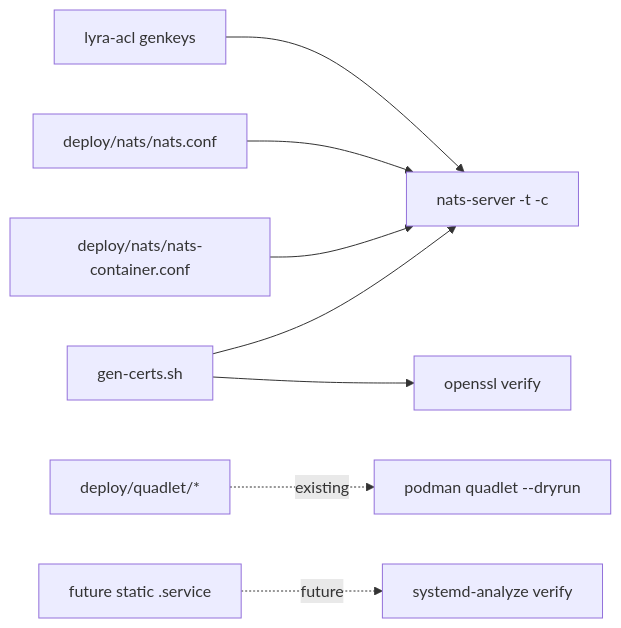
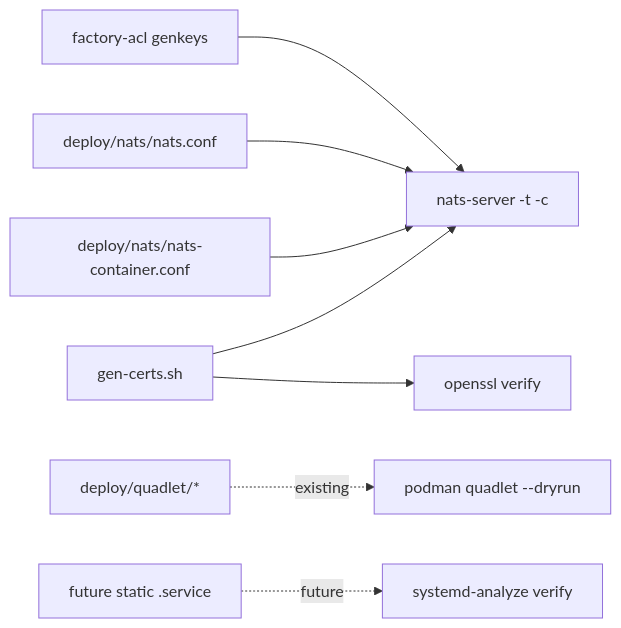
Before and after one commit to Roxabi/lyra: the diagram in artifacts/specs/1091-renderer-roundtrip-tests-spec.mdx, drawn with Mermaid. The commit also changed other lines of this file and 1256 other files, not shown here.

First line of the commit message:
refactor: rename lyra→factory (package/CLI, env vars, container identity)

````diff
--- a/artifacts/specs/1091-renderer-roundtrip-tests-spec.mdx
+++ b/artifacts/specs/1091-renderer-roundtrip-tests-spec.mdx
@@ -38,10 +38,10 @@
 ```mermaid
 flowchart LR
-    R1[lyra-acl genkeys] --> N[nats-server -t -c]
+    R1[factory-acl genkeys] --> N[nats-server -t -c]
     R2[deploy/nats/nats.conf] --> N
     R3[deploy/nats/nats-container.conf] --> N
     R4[gen-certs.sh] --> O[openssl verify]
     R4 --> N
     R5[deploy/quadlet/*] -.existing.-> Q[podman quadlet --dryrun]
     R6[future static .service] -.future.-> S[systemd-analyze verify]
 ```
````
